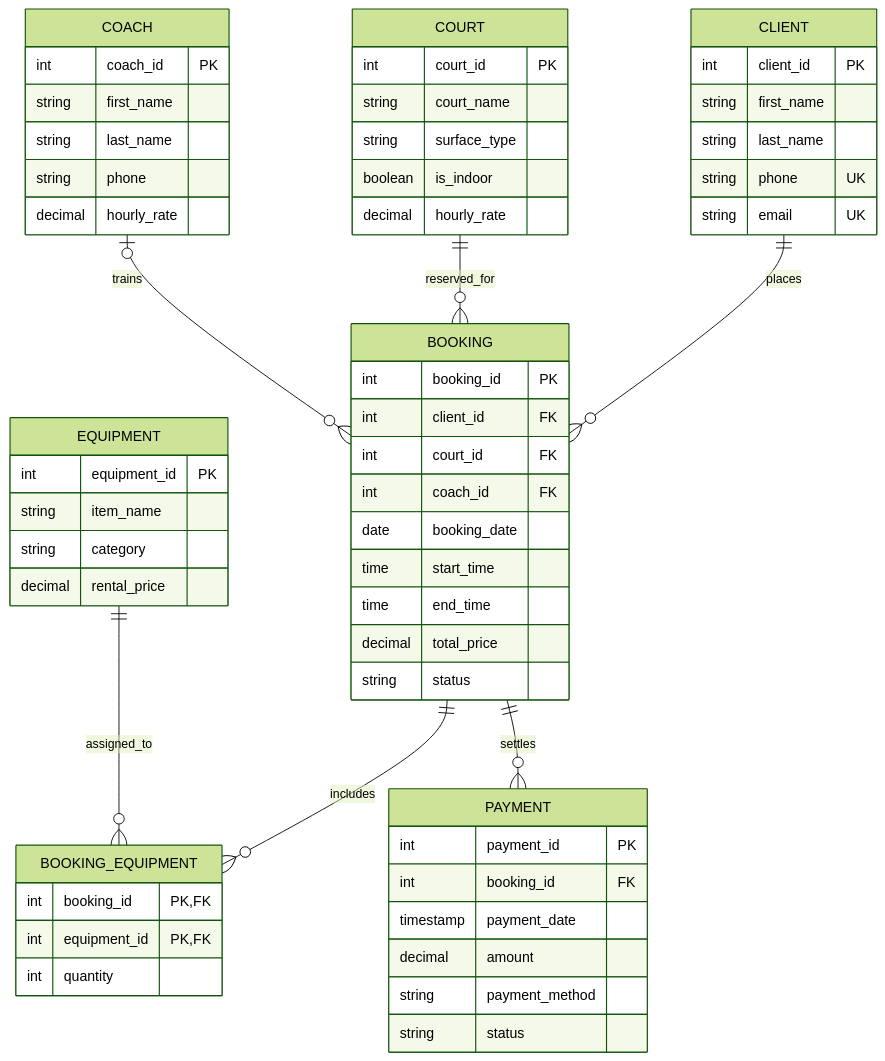
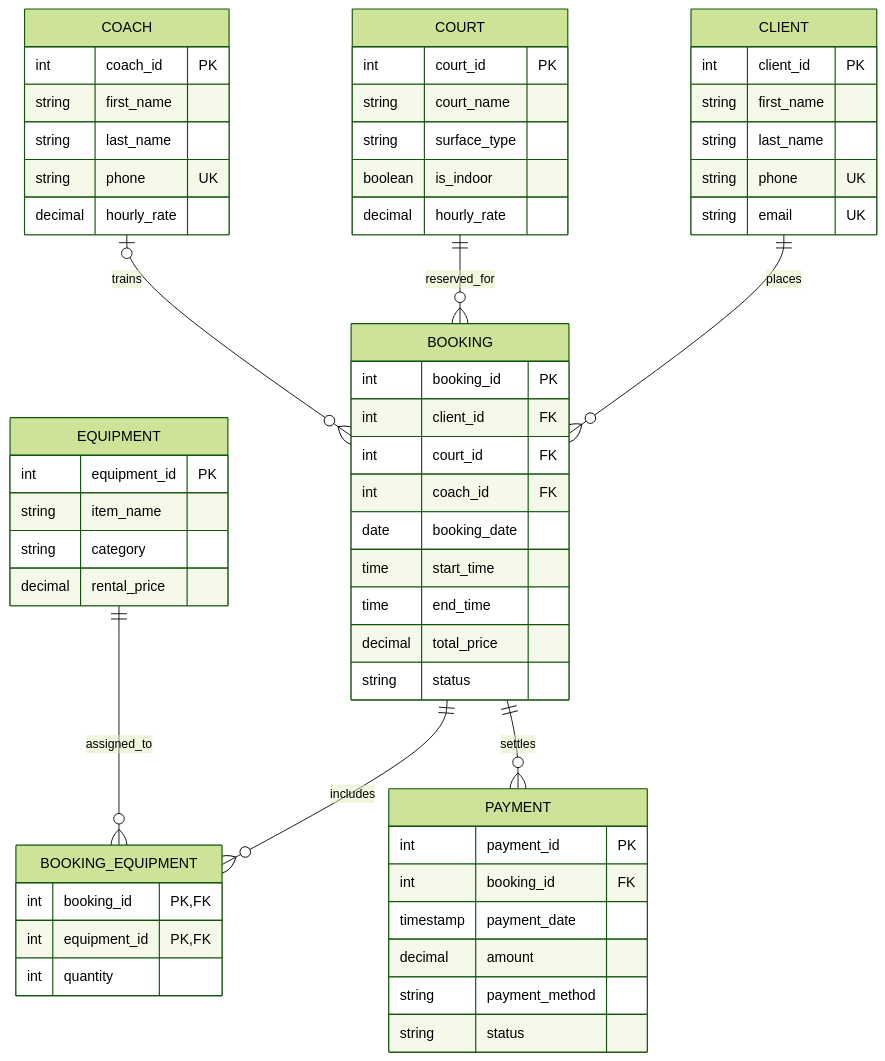
One commit to ZheniaTrochun/db-intro-course changed the diagram in er-diagram.mmd. Above: the diagram before and after it, drawn with Mermaid (forest theme). The commit also changed 2 other files, not shown here.

Commit message:
feat(lab1): add UK to COACH phone

```diff
--- a/er-diagram.mmd
+++ b/er-diagram.mmd
@@ -1,65 +1,65 @@
 erDiagram
     CLIENT ||--o{ BOOKING : places
     COURT ||--o{ BOOKING : reserved_for
     COACH |o--o{ BOOKING : trains
     BOOKING ||--o{ BOOKING_EQUIPMENT : includes
     EQUIPMENT ||--o{ BOOKING_EQUIPMENT : assigned_to
     BOOKING ||--o{ PAYMENT : settles
 
     CLIENT {
         int client_id PK
         string first_name
         string last_name
         string phone UK
         string email UK
     }
 
     COURT {
         int court_id PK
         string court_name
         string surface_type
         boolean is_indoor
         decimal hourly_rate
     }
 
     COACH {
         int coach_id PK
         string first_name
         string last_name
-        string phone
+        string phone UK
         decimal hourly_rate
     }
 
     EQUIPMENT {
         int equipment_id PK
         string item_name
         string category
         decimal rental_price
     }
 
     BOOKING {
         int booking_id PK
         int client_id FK
         int court_id FK
         int coach_id FK
         date booking_date
         time start_time
         time end_time
         decimal total_price
         string status
     }
 
     BOOKING_EQUIPMENT {
         int booking_id PK, FK
         int equipment_id PK, FK
         int quantity
     }
 
     PAYMENT {
         int payment_id PK
         int booking_id FK
         timestamp payment_date
         decimal amount
         string payment_method
         string status
     }
```
